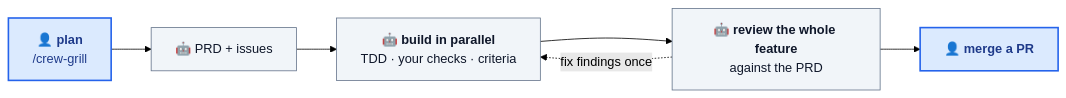
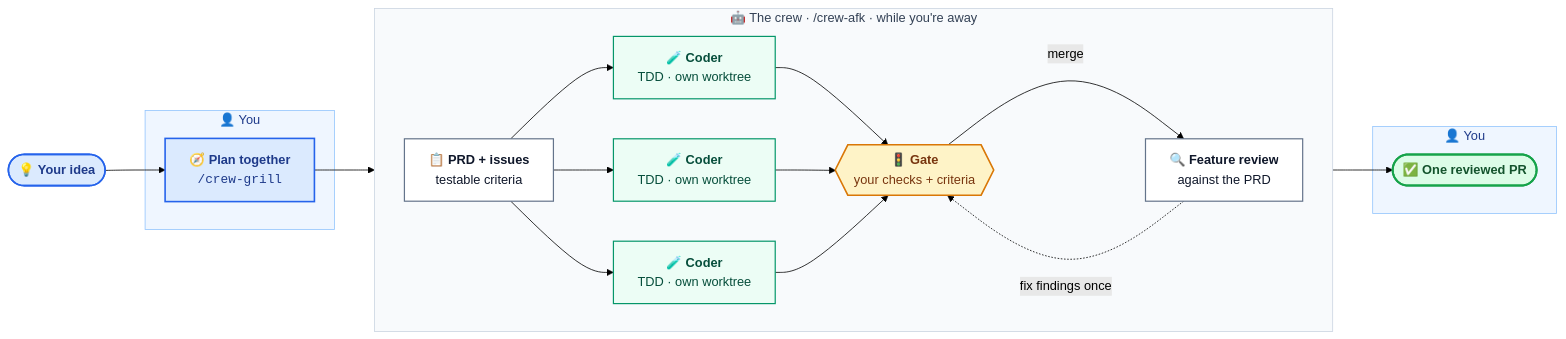
One commit to ypxing/coding-crew changed the diagram in README.md. Above: the diagram before and after it, drawn with Mermaid (forest theme). The commit also changed other lines of this file and 43 other files, not shown here.

````diff
--- a/README.md
+++ b/README.md
@@ -38,13 +41,41 @@
 ```mermaid
 flowchart LR
-    plan["👤 <b>plan</b><br/>/crew-grill"] --> issues["🤖 PRD + issues"]
-    issues --> build["🤖 <b>build in parallel</b><br/>TDD · your checks · criteria"]
-    build --> review["🤖 <b>review the whole feature</b><br/>against the PRD"]
-    review --> pr["👤 <b>merge a PR</b>"]
-    review -. "fix findings once" .-> build
+    idea(["💡 <b>Your idea</b>"]) --> plan
+
+    subgraph you1 ["👤 You"]
+        plan["🧭 <b>Plan together</b><br/><code>/crew-grill</code>"]
+    end
+
+    plan --> issues
+
+    subgraph crew ["🤖 The crew · /crew-afk · while you're away"]
+        direction LR
+        issues["📋 <b>PRD + issues</b><br/>testable criteria"]
+        issues --> c1["🧪 <b>Coder</b><br/>TDD · own worktree"]
+        issues --> c2["🧪 <b>Coder</b><br/>TDD · own worktree"]
+        issues --> c3["🧪 <b>Coder</b><br/>TDD · own worktree"]
+        c1 & c2 & c3 --> gate{{"🚦 <b>Gate</b><br/>your checks + criteria"}}
+        gate -- "merge" --> review["🔍 <b>Feature review</b><br/>against the PRD"]
+        review -. "fix findings once" .-> gate
+    end
+
+    review --> pr
+
+    subgraph you2 ["👤 You"]
+        pr(["✅ <b>One reviewed PR</b>"])
+    end
 
     classDef human fill:#dbeafe,stroke:#2563eb,stroke-width:2px,color:#1e3a8a
-    classDef bot fill:#f1f5f9,stroke:#64748b,color:#0f172a
-    class plan,pr human
-    class issues,build,review bot
+    classDef bot fill:#ffffff,stroke:#64748b,stroke-width:1.5px,color:#0f172a
+    classDef code fill:#ecfdf5,stroke:#059669,stroke-width:1.5px,color:#064e3b
+    classDef gate fill:#fef3c7,stroke:#d97706,stroke-width:2px,color:#78350f
+    classDef done fill:#dcfce7,stroke:#16a34a,stroke-width:2.5px,color:#14532d
+    class idea,plan human
+    class issues,review bot
+    class c1,c2,c3 code
+    class gate gate
+    class pr done
+    style you1 fill:#eff6ff,stroke:#93c5fd,color:#1e3a8a
+    style you2 fill:#eff6ff,stroke:#93c5fd,color:#1e3a8a
+    style crew fill:#f8fafc,stroke:#cbd5e1,color:#334155
 ```
````
